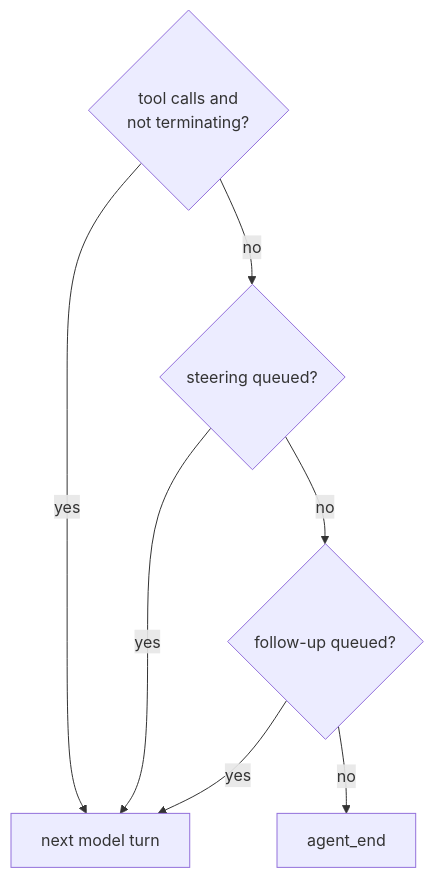
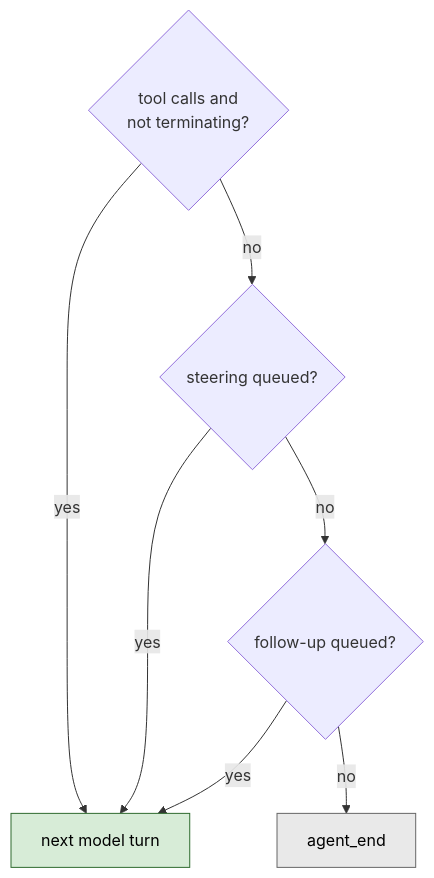
Before and after one commit to lukechen526/pi: the fourth of 5 diagrams in developer-guide/23-lifecycle-and-hooks.qmd, drawn with Mermaid. The commit also changed other lines of this file and 3 other files, not shown here.

First line of the commit message:
docs(developer-guide): redesign diagrams in sessions and lifecycle chapters

````diff
--- a/developer-guide/23-lifecycle-and-hooks.qmd
+++ b/developer-guide/23-lifecycle-and-hooks.qmd
@@ -388,12 +405,14 @@
 ```{mermaid}
 %%| label: fig-next-action
 %%| fig-cap: "After a toolResult is appended, the loop decides what happens next. Queued steering beats follow-up; an empty loop emits agent_end."
 flowchart TD
   Q1{"tool calls and<br/>not terminating?"}
-  Q1 -->|"yes"| NT["next model turn"]
+  Q1 -->|"yes"| NT["next model turn"]:::cont
   Q1 -->|"no"| Q2{"steering queued?"}
   Q2 -->|"yes"| NT
   Q2 -->|"no"| Q3{"follow-up queued?"}
   Q3 -->|"yes"| NT
-  Q3 -->|"no"| END["agent_end"]
+  Q3 -->|"no"| END["agent_end"]:::term
+  classDef cont fill:#d7ecd7,stroke:#2e6b2e,color:#000000
+  classDef term fill:#e9e9e9,stroke:#666666,color:#000000
 ```
````
